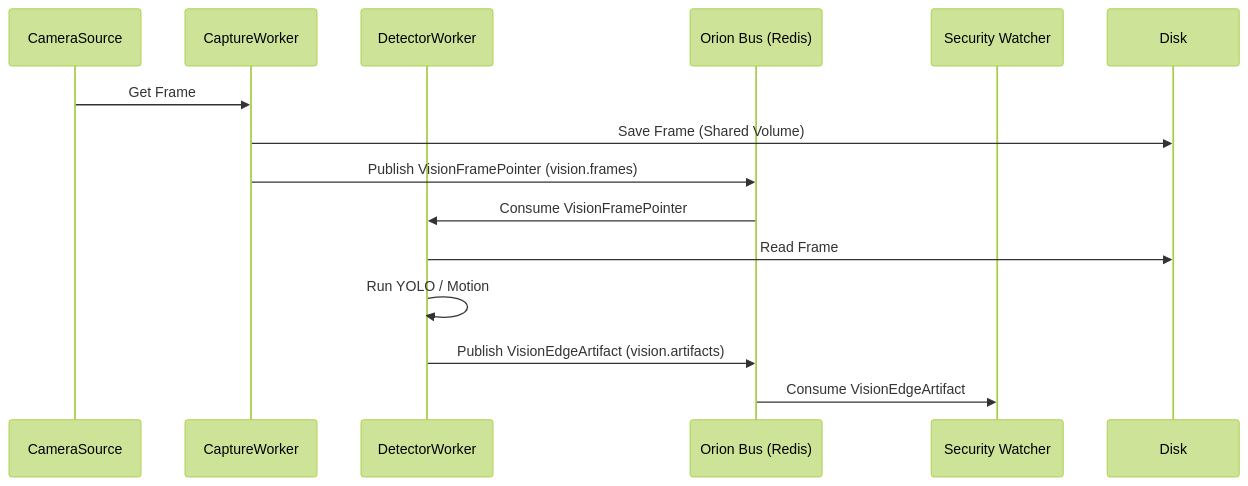
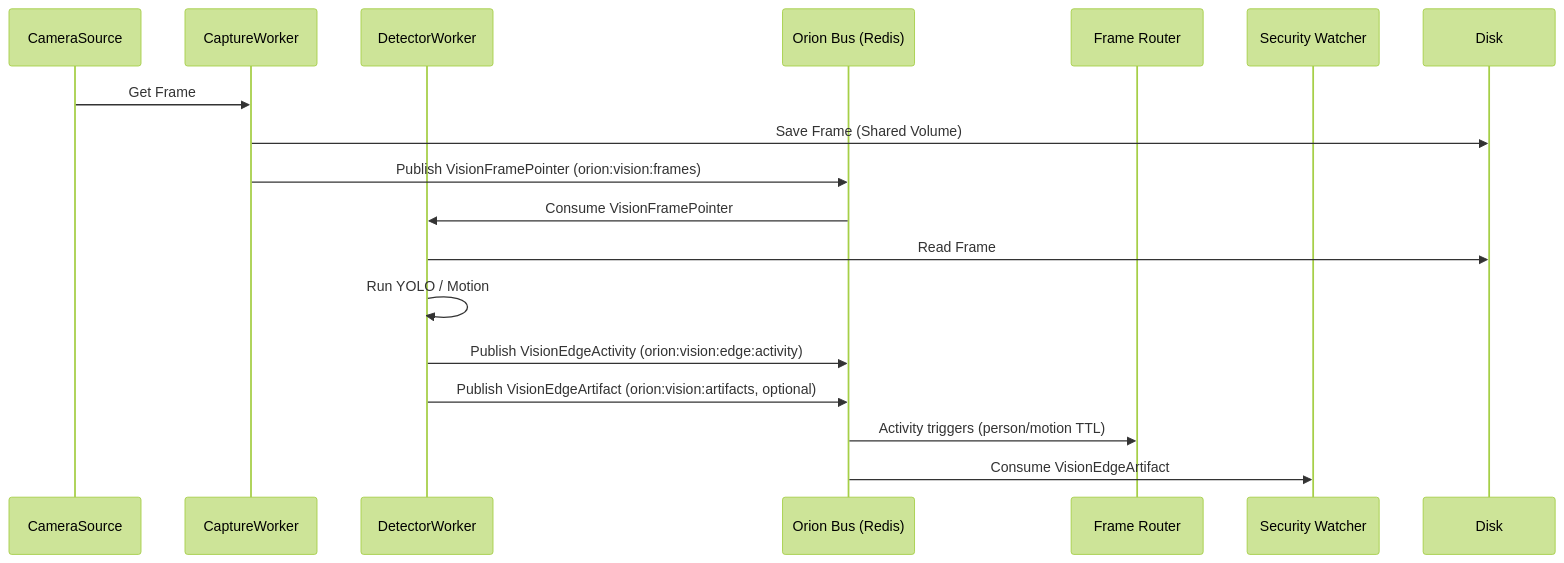
Before and after one commit to junebug-junie/Orion-Sapienform: the diagram in services/orion-vision-edge/README.md, drawn with Mermaid (forest theme). The commit also changed other lines of this file and 6 other files, not shown here.

````diff
--- a/services/orion-vision-edge/README.md
+++ b/services/orion-vision-edge/README.md
@@ -14,19 +16,22 @@
 ```mermaid
 sequenceDiagram
     participant Cam as CameraSource
     participant Capture as CaptureWorker
     participant Detect as DetectorWorker
     participant Bus as Orion Bus (Redis)
+    participant Router as Frame Router
     participant Guard as Security Watcher
 
     Cam->>Capture: Get Frame
     Capture->>Disk: Save Frame (Shared Volume)
-    Capture->>Bus: Publish VisionFramePointer (vision.frames)
+    Capture->>Bus: Publish VisionFramePointer (orion:vision:frames)
 
     Bus->>Detect: Consume VisionFramePointer
     Detect->>Disk: Read Frame
     Detect->>Detect: Run YOLO / Motion
-    Detect->>Bus: Publish VisionEdgeArtifact (vision.artifacts)
+    Detect->>Bus: Publish VisionEdgeActivity (orion:vision:edge:activity)
+    Detect->>Bus: Publish VisionEdgeArtifact (orion:vision:artifacts, optional)
 
+    Bus->>Router: Activity triggers (person/motion TTL)
     Bus->>Guard: Consume VisionEdgeArtifact
 ```
````
